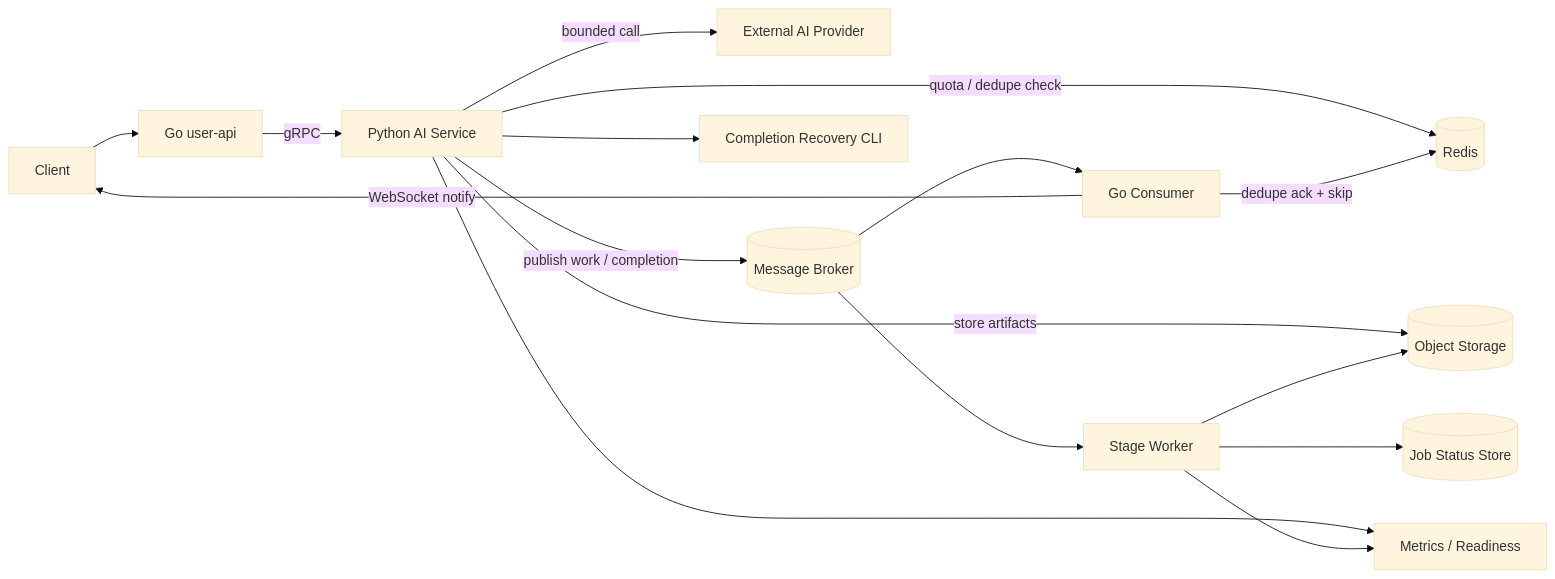
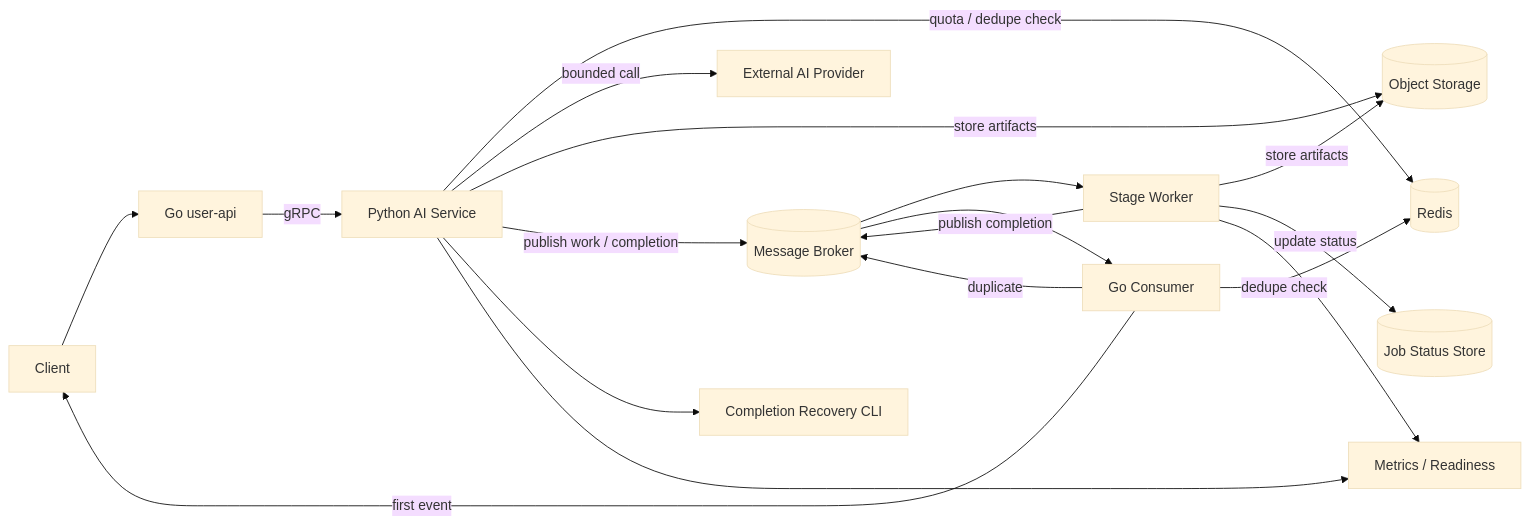
One commit to bang9ming9/bang9ming9 changed the fourth of 6 diagrams in README.md. Above: the diagram before and after it, drawn with Mermaid (base theme). The commit also changed other lines of this file, not shown here.

````diff
--- a/README.md
+++ b/README.md
@@ -163,18 +160,24 @@
 ```mermaid
 flowchart LR
     Client[Client] --> GoAPI[Go user-api]
     GoAPI -->|gRPC| API[Python AI Service]
+
     API -->|quota / dedupe check| Redis[(Redis)]
     API -->|bounded call| Provider[External AI Provider]
     API -->|store artifacts| Storage[(Object Storage)]
     API -->|publish work / completion| Broker[(Message Broker)]
+
     Broker --> Worker[Stage Worker]
+    Worker -->|store artifacts| Storage
+    Worker -->|update status| Status[(Job Status Store)]
+    Worker -->|publish completion| Broker
+
     Broker --> GoConsumer[Go Consumer]
-    GoConsumer -->|dedupe ack + skip| Redis
-    GoConsumer -->|WebSocket notify| Client
-    Worker --> Status[(Job Status Store)]
-    Worker --> Storage
+    GoConsumer -->|dedupe check| Redis
+    GoConsumer -->|first event| Client
+    GoConsumer -->|duplicate| Broker
+
     API --> Recovery[Completion Recovery CLI]
     API --> Obs[Metrics / Readiness]
     Worker --> Obs
 ```
````
